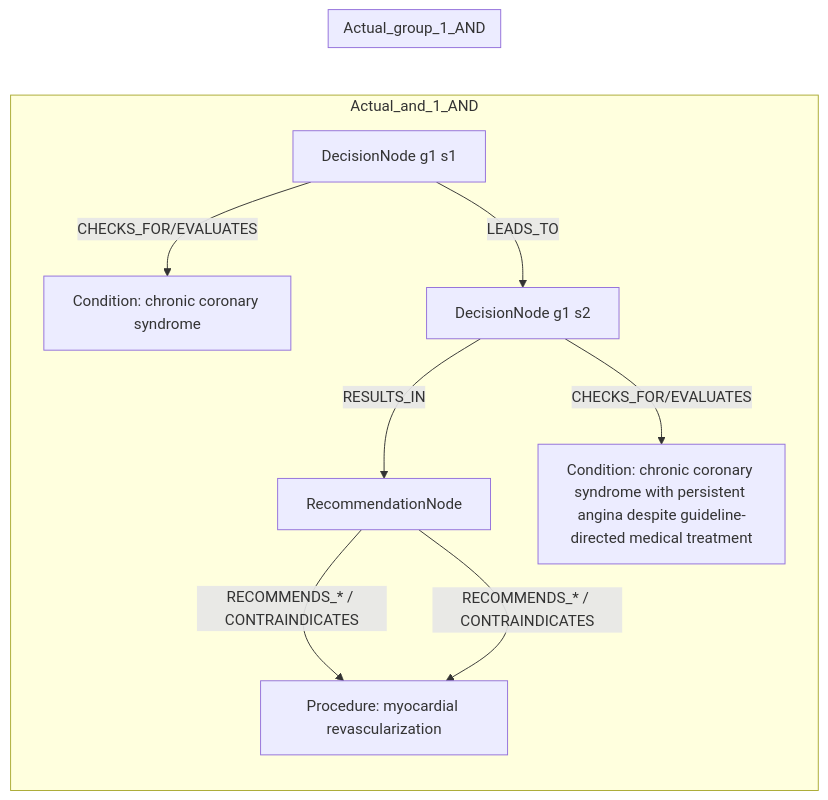
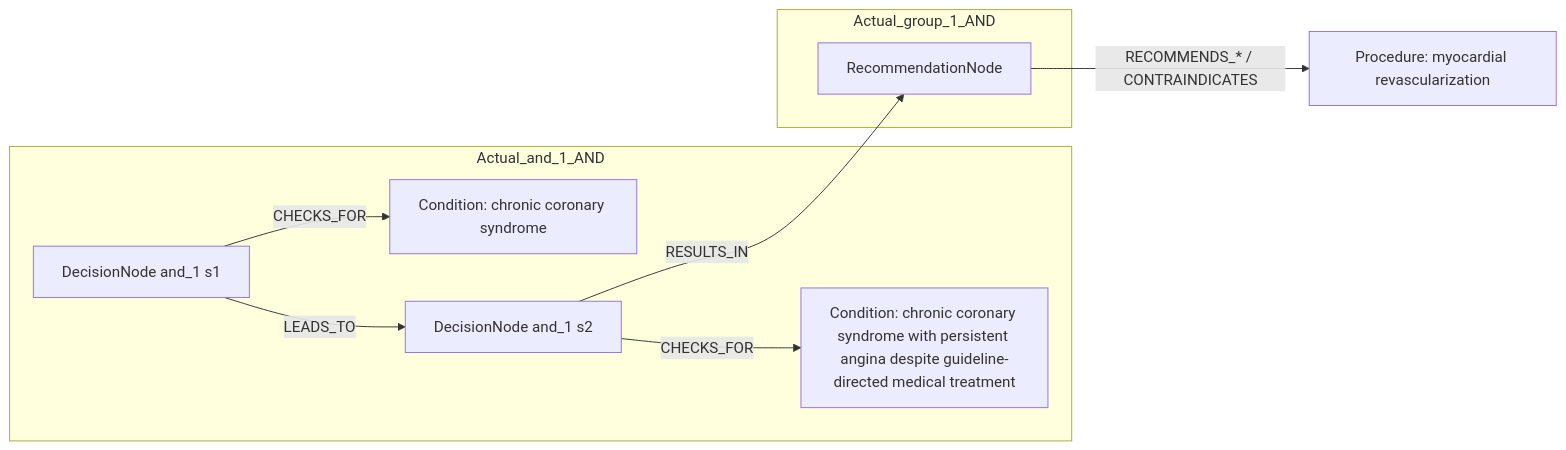
Before and after one commit to dieterich-lab/CardioGuidelinesGraph: the second of 2 diagrams in docs/table22_rows/row_16.md, drawn with Mermaid. The commit also changed other lines of this file and 18 other files, not shown here.

Commit message:
Update mermaid diagrams.

````diff
--- a/docs/table22_rows/row_16.md
+++ b/docs/table22_rows/row_16.md
@@ -229,22 +215,19 @@
 ```mermaid
 graph LR
+  REC[RecommendationNode]
+  ACT1[Procedure: myocardial revascularization]
+  REC -->|RECOMMENDS_* / CONTRAINDICATES| ACT1
   subgraph Actual_and_1_AND
-    REC[RecommendationNode]
-    D1[DecisionNode g1 s1]
-    C1[Condition: chronic coronary syndrome]
-    D1 -->|CHECKS_FOR/EVALUATES| C1
-    D2[DecisionNode g1 s2]
-    C2[Condition: chronic coronary syndrome with persistent angina despite guideline-directed medical treatment]
-    D2 -->|CHECKS_FOR/EVALUATES| C2
-    D1 -->|LEADS_TO| D2
-    D2 -->|RESULTS_IN| REC
-    ACT1[Procedure: myocardial revascularization]
-    REC -->|RECOMMENDS_* / CONTRAINDICATES| ACT1
+    D_and_1_1[DecisionNode and_1 s1]
+    C_and_1_1[Condition: chronic coronary syndrome]
+    D_and_1_1 -->|CHECKS_FOR| C_and_1_1
+    D_and_1_2[DecisionNode and_1 s2]
+    C_and_1_2[Condition: chronic coronary syndrome with persistent angina despite guideline-directed medical treatment]
+    D_and_1_2 -->|CHECKS_FOR| C_and_1_2
+    D_and_1_1 -->|LEADS_TO| D_and_1_2
   end
   subgraph Actual_group_1_AND
-    REC[RecommendationNode]
     REC
-    ACT1[Procedure: myocardial revascularization]
-    REC -->|RECOMMENDS_* / CONTRAINDICATES| ACT1
   end
+  D_and_1_2 -->|RESULTS_IN| REC
 ```
````
